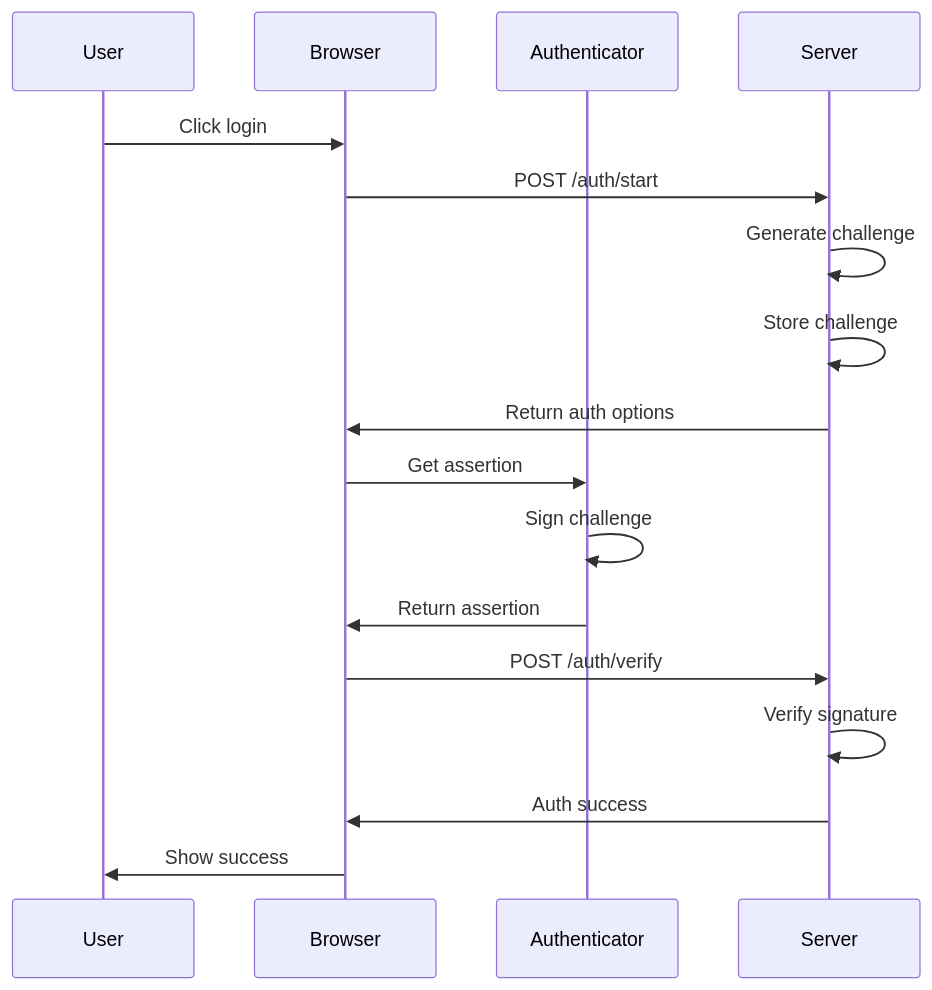
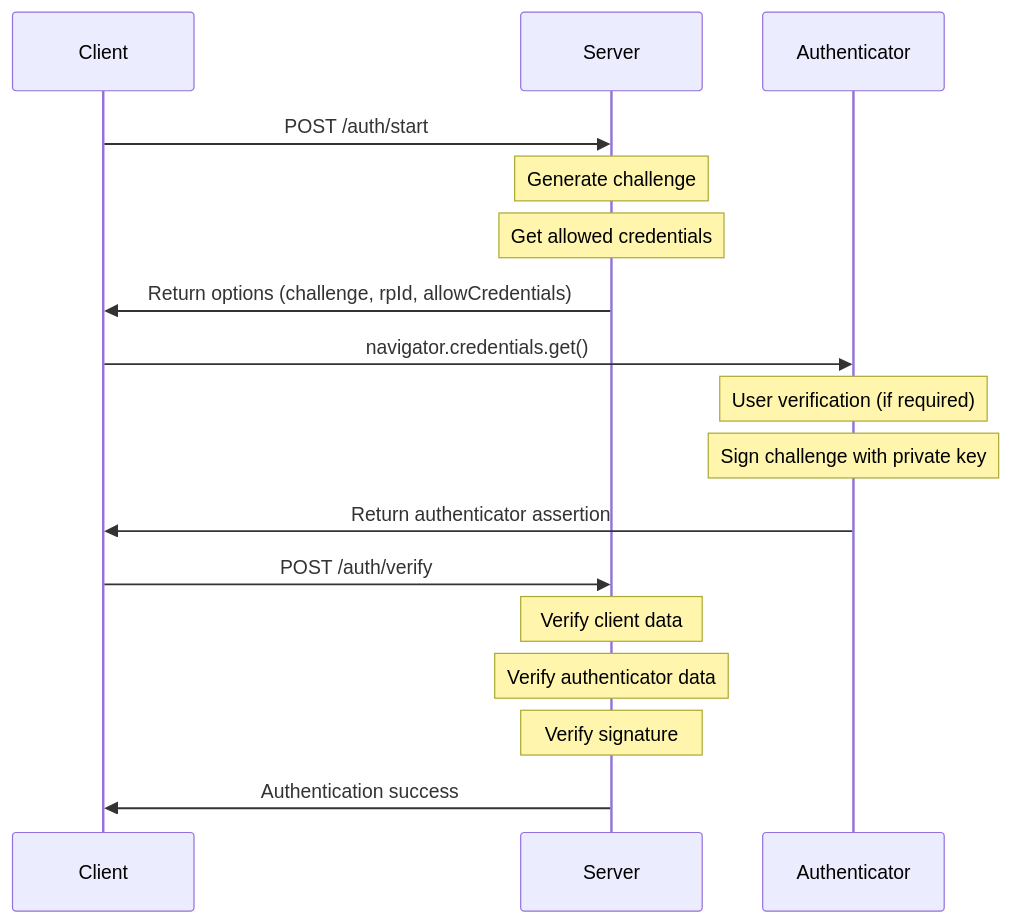
The second of 2 diagrams in 2025/AxumPasskey/Readme.en.md (ktaka-ccmp/ktaka.blog.ccmp.jp), drawn with Mermaid before and after one commit. The commit also changed other lines of this file, not shown here.

````diff
--- a/2025/AxumPasskey/Readme.en.md
+++ b/2025/AxumPasskey/Readme.en.md
@@ -105,20 +57,22 @@
 ```mermaid
 sequenceDiagram
-    participant User
-    participant Browser
-    participant Authenticator
-    participant Server
+    participant C as Client
+    participant S as Server
+    participant A as Authenticator
 
-    User->>Browser: Click login
-    Browser->>Server: POST /auth/start
-    Server->>Server: Generate challenge
-    Server->>Server: Store challenge
-    Server->>Browser: Return auth options
-    Browser->>Authenticator: Get assertion
-    Authenticator->>Authenticator: Sign challenge
-    Authenticator->>Browser: Return assertion
-    Browser->>Server: POST /auth/verify
-    Server->>Server: Verify signature
-    Server->>Browser: Auth success
-    Browser->>User: Show success
+    C->>S: POST /auth/start
+    Note over S: Generate challenge
+    Note over S: Get allowed credentials
+    S->>C: Return options (challenge, rpId, allowCredentials)
+    
+    C->>A: navigator.credentials.get()
+    Note over A: User verification (if required)
+    Note over A: Sign challenge with private key
+    A->>C: Return authenticator assertion
+    
+    C->>S: POST /auth/verify
+    Note over S: Verify client data
+    Note over S: Verify authenticator data
+    Note over S: Verify signature
+    S->>C: Authentication success
 ```
````
